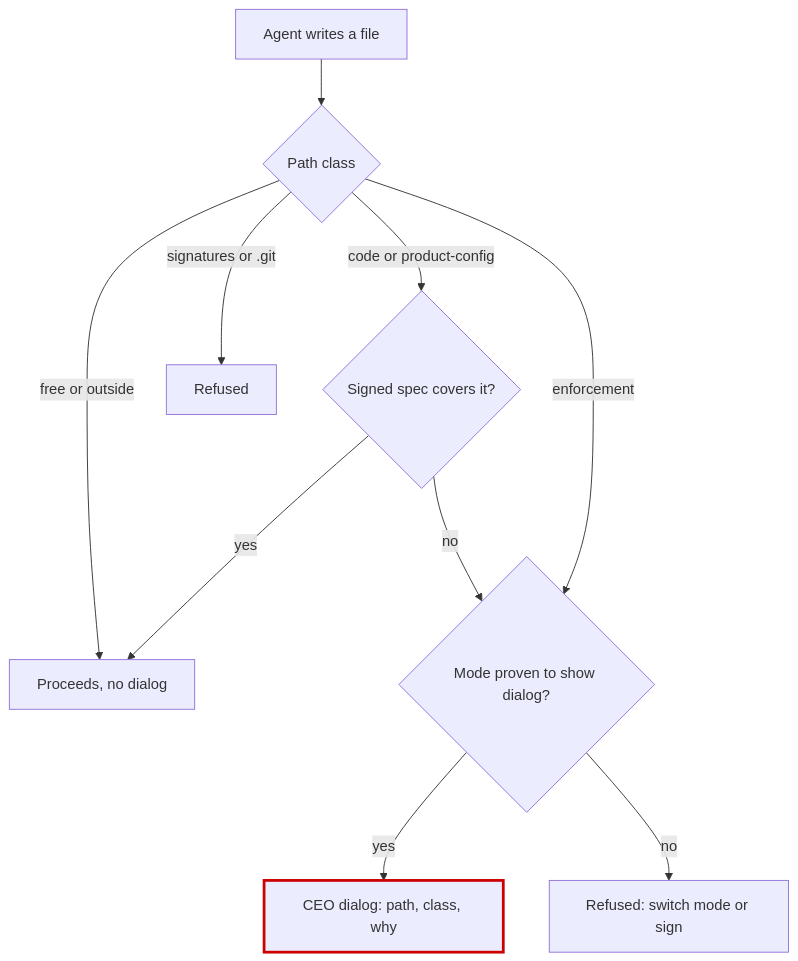
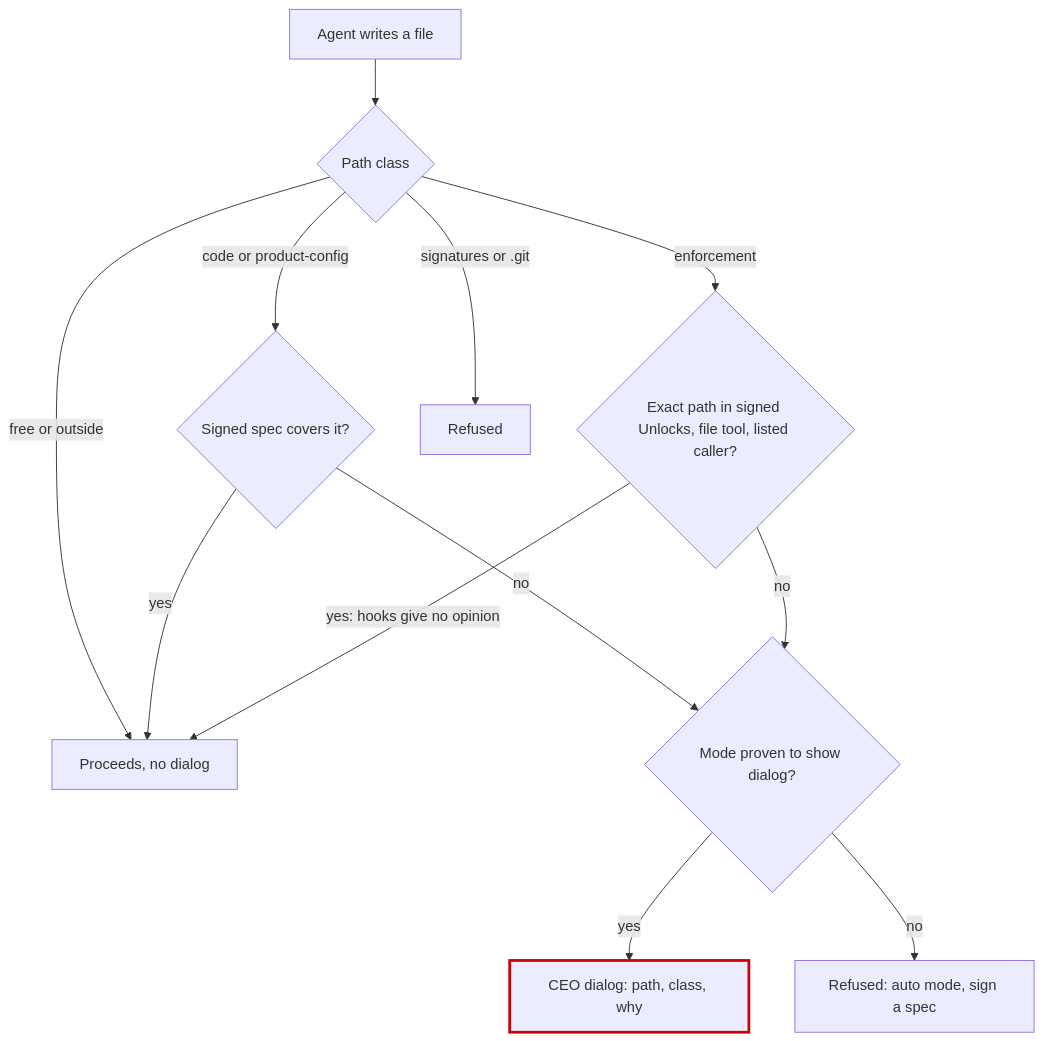
One commit to GktuOktay/claude-agency-v2 changed the first of 5 diagrams in specs/active/0004-harness-enforcement-gaps.md. Above: the diagram before and after it, drawn with Mermaid. The commit also changed other lines of this file and 7 other files, not shown here.

First line of the commit message:
docs(spec): 0004 delta for always-auto sessions, gate findings folded; 0009 round 3; ADR 0001 update

````diff
--- a/specs/active/0004-harness-enforcement-gaps.md
+++ b/specs/active/0004-harness-enforcement-gaps.md
@@ -91,14 +91,16 @@
 ```mermaid
 flowchart TD
   A[Agent writes a file] --> B{Path class}
   B -- free or outside --> C[Proceeds, no dialog]
   B -- code or product-config --> D{Signed spec covers it?}
   D -- yes --> C
   D -- no --> E{Mode proven to show dialog?}
-  B -- enforcement --> E
+  B -- enforcement --> I{Exact path in signed Unlocks, file tool, listed caller?}
+  I -- "yes: hooks give no opinion" --> C
+  I -- no --> E
   E -- yes --> F[CEO dialog: path, class, why]
-  E -- no --> G[Refused: switch mode or sign]
+  E -- no --> G[Refused: auto mode, sign a spec]
   B -- signatures or .git --> H[Refused]
   classDef ceo stroke:#c00,stroke-width:3px
   class F ceo
 ```
````
